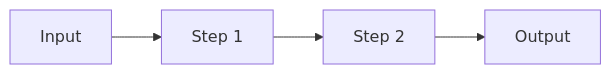
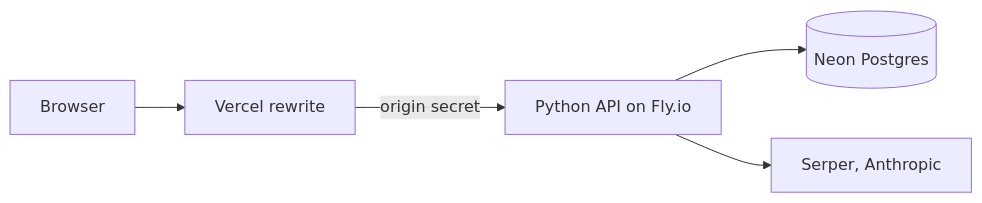
Before and after one commit to maxnorris01-bot/room-redesign-agent: the second of 2 diagrams in README.md, drawn with Mermaid. The commit also changed other lines of this file and 3 other files, not shown here.

````diff
--- a/README.md
+++ b/README.md
@@ -35,4 +47,7 @@
 ```mermaid
 flowchart LR
-    A[Input] --> B[Step 1] --> C[Step 2] --> D[Output]
+    B[Browser] --> V[Vercel rewrite]
+    V -->|"origin secret"| A["Python API on Fly.io"]
+    A --> N[("Neon Postgres")]
+    A --> E["Serper, Anthropic"]
 ```
````
